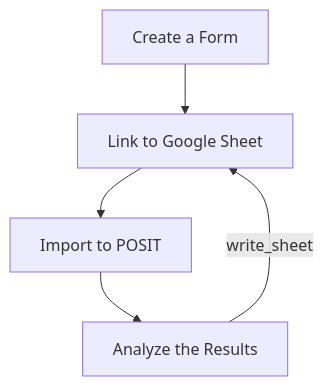
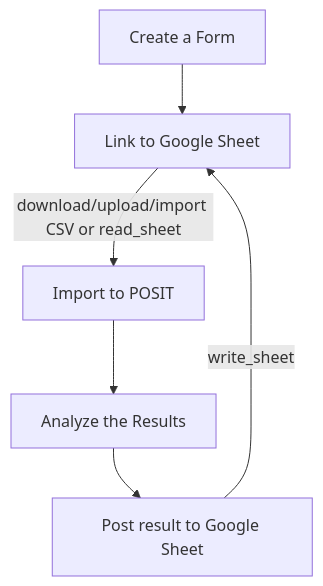
Before and after one commit to tpemartin/113-1-R: the diagram in Lecture-notes/appendix-google-form-sheets.md, drawn with Mermaid. The commit also changed other lines of this file and 10 other files, not shown here.

````diff
--- a/Lecture-notes/appendix-google-form-sheets.md
+++ b/Lecture-notes/appendix-google-form-sheets.md
@@ -3,7 +3,8 @@
 ```mermaid
 flowchart TD
     A[Create a Form] --> B[Link to Google Sheet]
-    B --> C[Import to POSIT]
+    B --download/upload/import CSV or read_sheet--> C[Import to POSIT]
     C --> D[Analyze the Results]
-    D --write_sheet--> B
+    D --> E[Post result to Google Sheet]
+    E --write_sheet--> B
 ```
````
